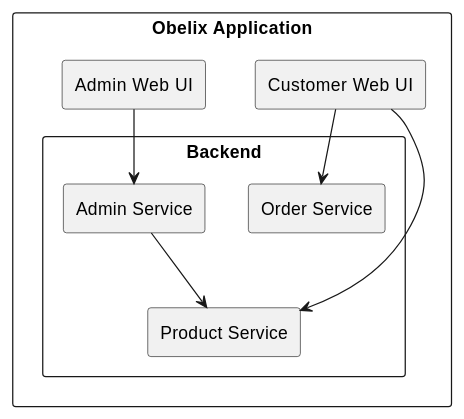
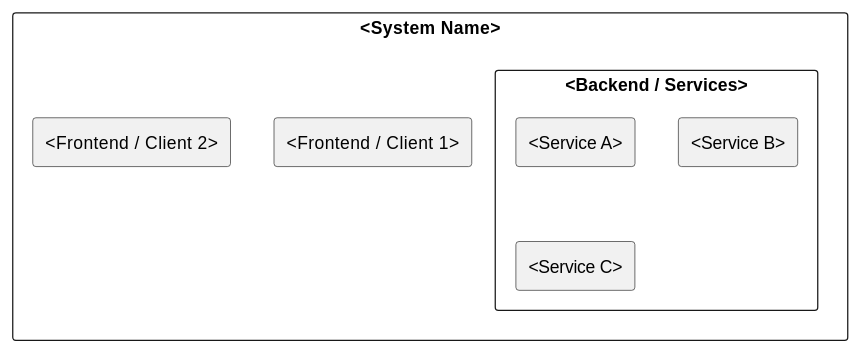
One commit to Juschwy/m321-obelix-webshop-mvk changed the first of 2 diagrams in docs/arc42/05_building_block_view.adoc. Above: the diagram before and after it, drawn with PlantUML. The commit also changed other lines of this file, not shown here.

```diff
--- a/docs/arc42/05_building_block_view.adoc
+++ b/docs/arc42/05_building_block_view.adoc
@@ -14,23 +16,16 @@
 [plantuml, building-block-overview, svg]
 ----
 @startuml
-rectangle "Obelix Application" {
+rectangle "<System Name>" {
 
-  rectangle "Customer Web UI" as FE_Customer
-  rectangle "Admin Web UI" as FE_Admin
+  rectangle "<Frontend / Client 1>"
+  rectangle "<Frontend / Client 2>"
 
-  rectangle "Backend" {
-    rectangle "Product Service"
-    rectangle "Order Service"
-    rectangle "Admin Service"
+  rectangle "<Backend / Services>" {
+    rectangle "<Service A>"
+    rectangle "<Service B>"
+    rectangle "<Service C>"
   }
 }
-
-FE_Customer --> "Product Service"
-FE_Customer --> "Order Service"
-
-FE_Admin --> "Admin Service"
-
-"Admin Service" --> "Product Service"
 @enduml
 ----
```
